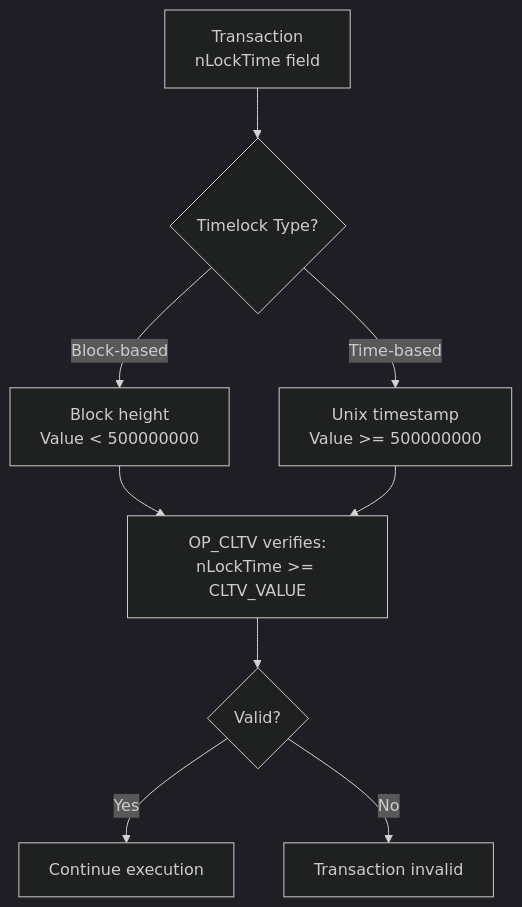
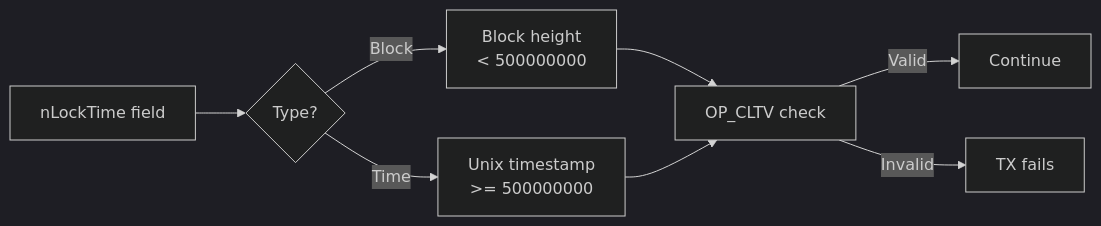
Before and after one commit to btc-vision/btc-runtime: the sixth of 6 diagrams in docs/advanced/bitcoin-scripts.md, drawn with Mermaid. The commit also changed other lines of this file and 6 other files, not shown here.

First line of the commit message:
Refactor diagrams and clarify documentation

````diff
--- a/docs/advanced/bitcoin-scripts.md
+++ b/docs/advanced/bitcoin-scripts.md
@@ -300,15 +299,14 @@
 ```mermaid
 ---
 config:
   theme: dark
 ---
-flowchart TD
-    CLTV1["Transaction<br/>nLockTime field"] --> CLTV2{"Timelock Type?"}
-    CLTV2 -->|"Block-based"| CLTV3["Block height<br/>Value < 500000000"]
-    CLTV2 -->|"Time-based"| CLTV4["Unix timestamp<br/>Value >= 500000000"]
-    CLTV3 --> CLTV5["OP_CLTV verifies:<br/>nLockTime >= CLTV_VALUE"]
+flowchart LR
+    CLTV1["nLockTime field"] --> CLTV2{"Type?"}
+    CLTV2 -->|"Block"| CLTV3["Block height<br/>< 500000000"]
+    CLTV2 -->|"Time"| CLTV4["Unix timestamp<br/>>= 500000000"]
+    CLTV3 --> CLTV5["OP_CLTV check"]
     CLTV4 --> CLTV5
-    CLTV5 --> CLTV6{"Valid?"}
-    CLTV6 -->|"Yes"| CLTV7["Continue execution"]
-    CLTV6 -->|"No"| CLTV8["Transaction invalid"]
+    CLTV5 -->|"Valid"| CLTV6["Continue"]
+    CLTV5 -->|"Invalid"| CLTV7["TX fails"]
 ```
````
